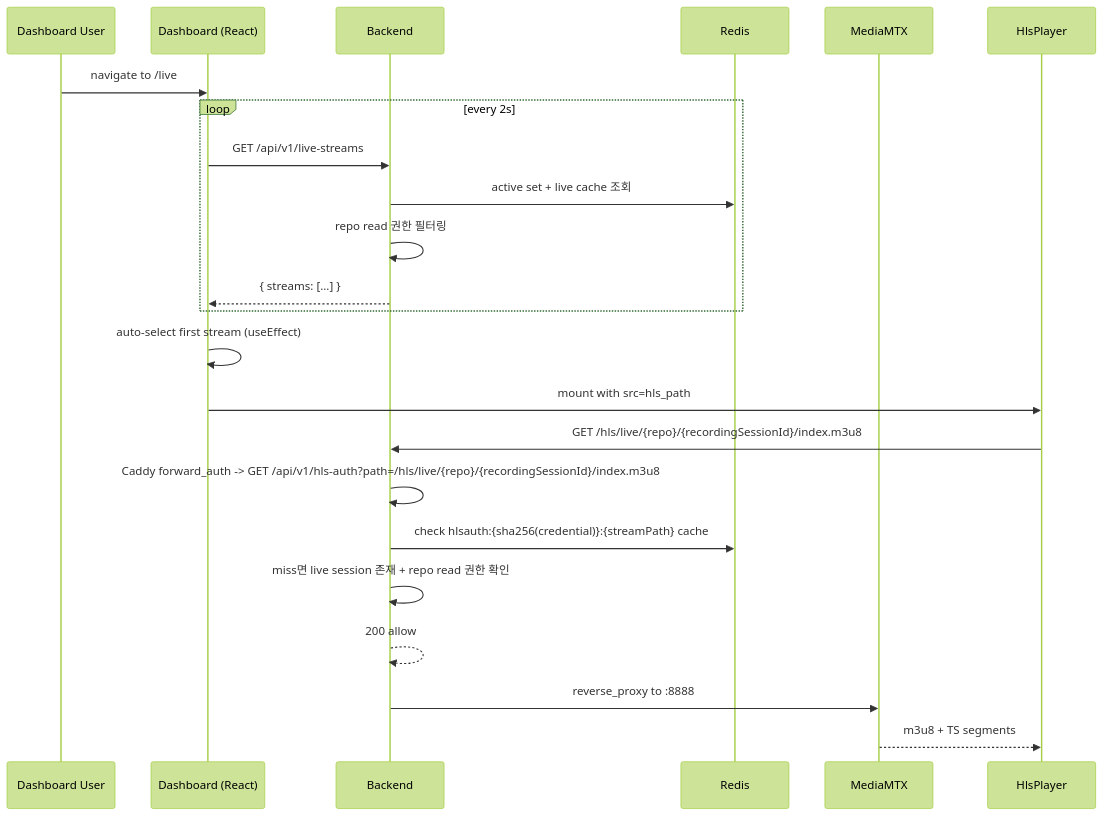
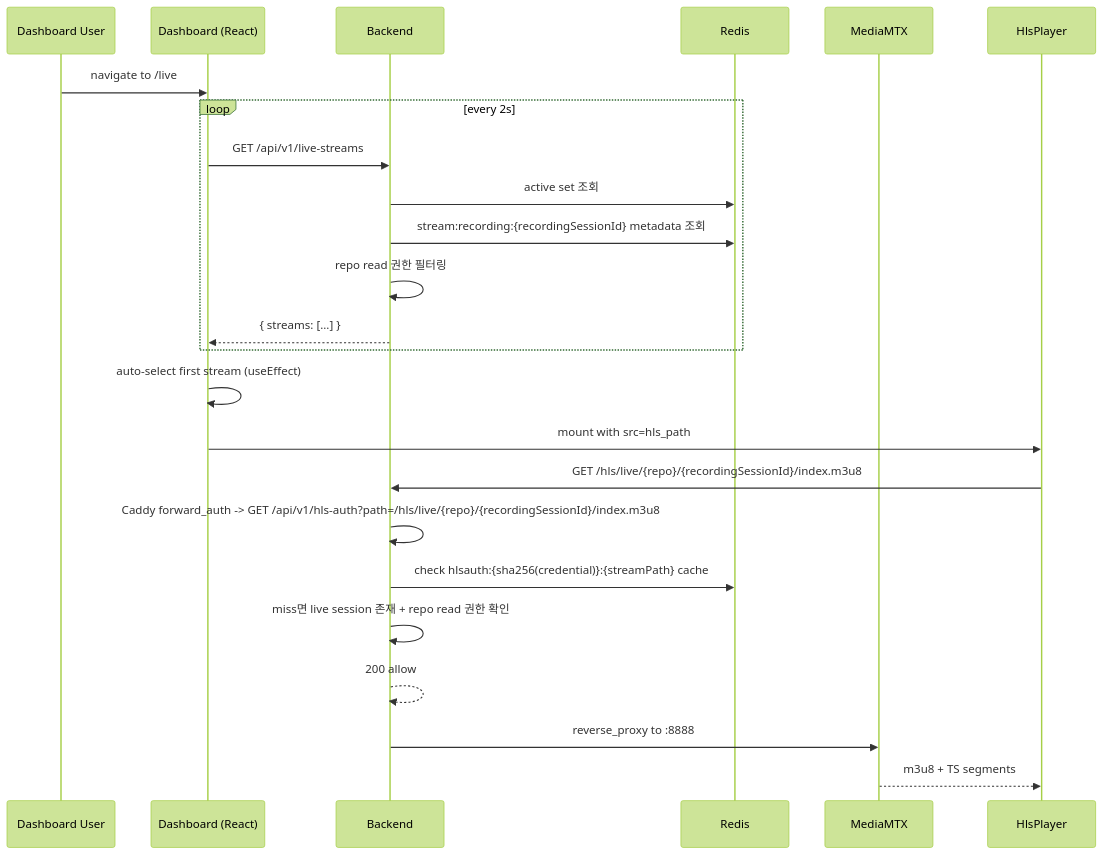
One commit to ego-flow/ego-flow-server changed the fourth of 7 diagrams in docs/09. project_streaming.md. Above: the diagram before and after it, drawn with Mermaid (forest theme). The commit also changed other lines of this file and 20 other files, not shown here.

Commit message:
[Backend] Streaming live cache 구조 정리

````diff
--- a/docs/09. project_streaming.md
+++ b/docs/09. project_streaming.md
@@ -243,26 +227,27 @@
 ```mermaid
 sequenceDiagram
     participant User as Dashboard User
     participant FE as Dashboard (React)
     participant BE as Backend
     participant Redis
     participant MTX as MediaMTX
     participant HP as HlsPlayer
 
     User->>FE: navigate to /live
     loop every 2s
         FE->>BE: GET /api/v1/live-streams
-        BE->>Redis: active set + live cache 조회
+        BE->>Redis: active set 조회
+        BE->>Redis: stream:recording:{recordingSessionId} metadata 조회
         BE->>BE: repo read 권한 필터링
         BE-->>FE: { streams: [...] }
     end
     FE->>FE: auto-select first stream (useEffect)
     FE->>HP: mount with src=hls_path
     HP->>BE: GET /hls/live/{repo}/{recordingSessionId}/index.m3u8
     BE->>BE: Caddy forward_auth -> GET /api/v1/hls-auth?path=/hls/live/{repo}/{recordingSessionId}/index.m3u8
     BE->>Redis: check hlsauth:{sha256(credential)}:{streamPath} cache
     BE->>BE: miss면 live session 존재 + repo read 권한 확인
     BE-->>BE: 200 allow
     BE->>MTX: reverse_proxy to :8888
     MTX-->>HP: m3u8 + TS segments
 ```
````
